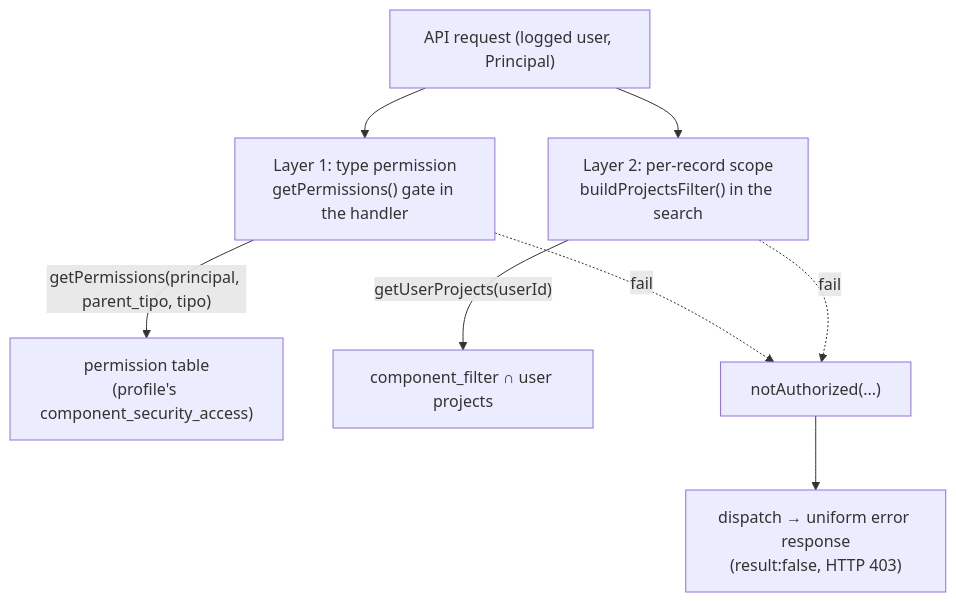
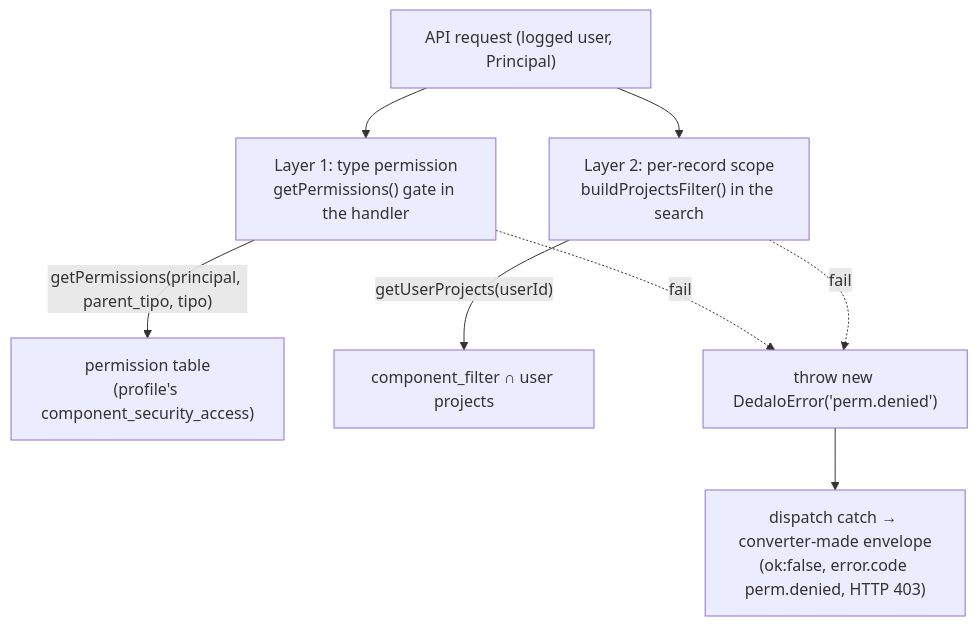
The first of 2 diagrams in docs/core/system/security.md (renderpci/dedalo), drawn with Mermaid before and after one commit. The commit also changed other lines of this file and 66 other files, not shown here.

````diff
--- a/docs/core/system/security.md
+++ b/docs/core/system/security.md
@@ -120,11 +120,11 @@
 ```mermaid
 flowchart TD
     REQ["API request (logged user, Principal)"]
     REQ --> L1["Layer 1: type permission<br/>getPermissions() gate in the handler"]
     L1 -->|"getPermissions(principal, parent_tipo, tipo)"| TBL["permission table<br/>(profile's component_security_access)"]
     REQ --> L2["Layer 2: per-record scope<br/>buildProjectsFilter() in the search"]
     L2 -->|"getUserProjects(userId)"| PROJ["component_filter ∩ user projects"]
-    L1 -. fail .-> EX["notAuthorized(...)"]
+    L1 -. fail .-> EX["throw new DedaloError('perm.denied')"]
     L2 -. fail .-> EX
-    EX --> RESP["dispatch → uniform error response<br/>(result:false, HTTP 403)"]
+    EX --> RESP["dispatch catch → converter-made envelope<br/>(ok:false, error.code perm.denied, HTTP 403)"]
 ```
````
